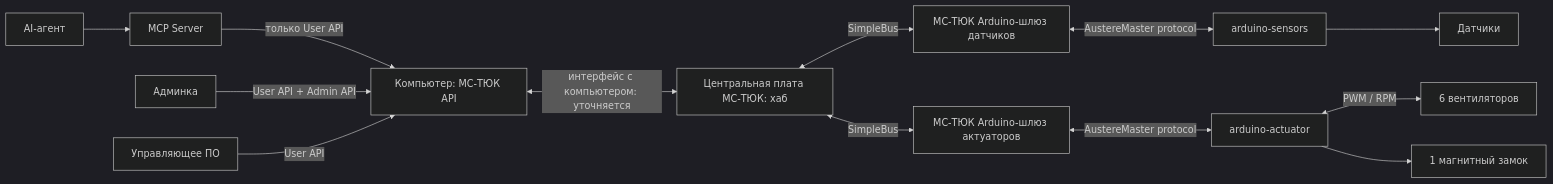
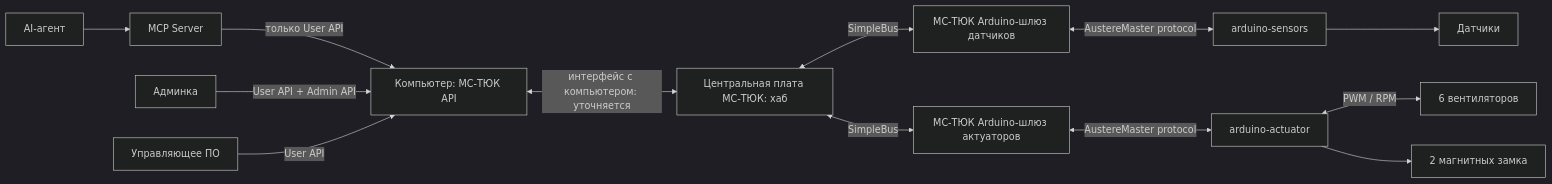
One commit to polyus-nt/mki-server changed the first of 2 diagrams in docs/HARDWARE-API-ARCHITECTURE.md. Above: the diagram before and after it, drawn with Mermaid (dark theme). The commit also changed other lines of this file and 2 other files, not shown here.

````diff
--- a/docs/HARDWARE-API-ARCHITECTURE.md
+++ b/docs/HARDWARE-API-ARCHITECTURE.md
@@ -15,15 +15,15 @@
 ```mermaid
 flowchart LR
     Agent["AI-агент"] --> MCP["MCP Server"]
     MCP -->|"только User API"| API["Компьютер: МС-ТЮК API"]
     Admin["Админка"] -->|"User API + Admin API"| API
     Controller["Управляющее ПО"] -->|"User API"| API
     API <-->|"интерфейс с компьютером: уточняется"| Hub["Центральная плата МС-ТЮК: хаб"]
     Hub <-->|SimpleBus| GWS["МС-ТЮК Arduino-шлюз датчиков"]
     Hub <-->|SimpleBus| GWA["МС-ТЮК Arduino-шлюз актуаторов"]
     GWS <-->|"AustereMaster protocol"| Sensors["arduino-sensors"]
     GWA <-->|"AustereMaster protocol"| Actuator["arduino-actuator"]
     Sensors --> HWs["Датчики"]
     Actuator <-->|"PWM / RPM"| Fans["6 вентиляторов"]
-    Actuator --> Lock["1 магнитный замок"]
+    Actuator --> Lock["2 магнитных замка"]
 ```
````
